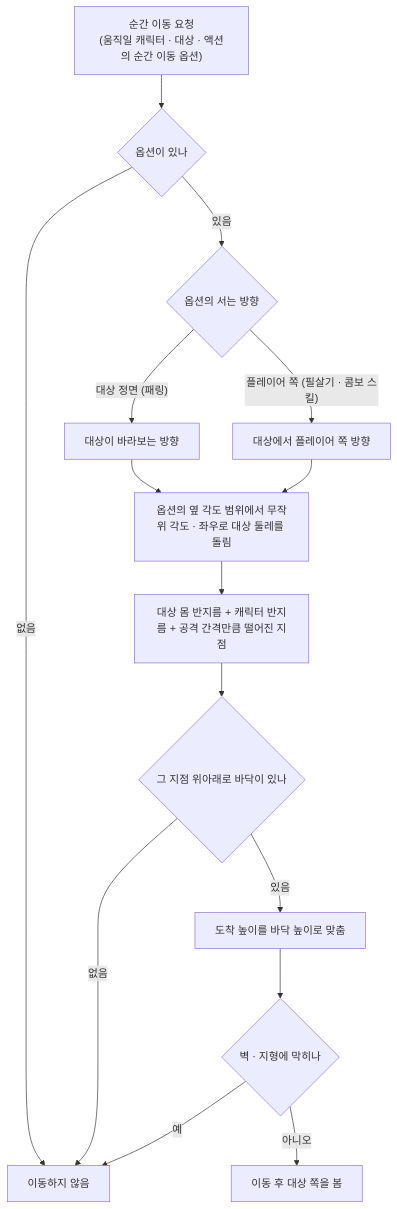
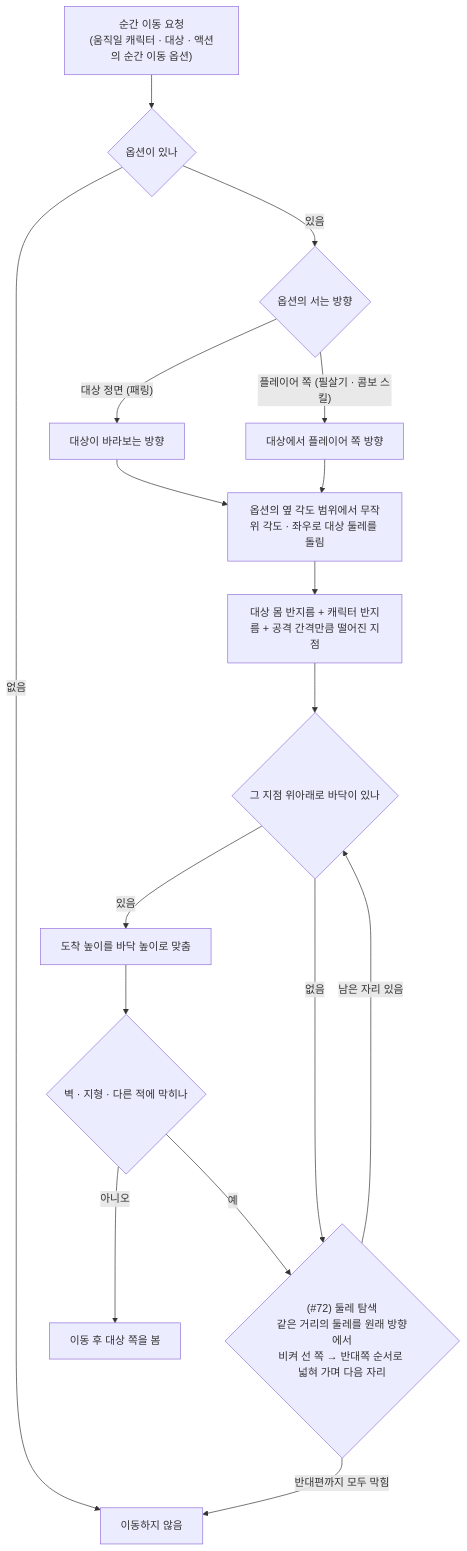
One commit to SquashPrince/Develrocket_mp15_HHH changed the fifth of 6 diagrams in Docs/Technical/Player/PlayerStructure.md. Above: the diagram before and after it, drawn with Mermaid. The commit also changed other lines of this file and 10 other files, not shown here.

````diff
--- a/Docs/Technical/Player/PlayerStructure.md
+++ b/Docs/Technical/Player/PlayerStructure.md
@@ -149,16 +149,18 @@
 ```mermaid
 flowchart TD
     S["순간 이동 요청<br>(움직일 캐릭터 · 대상 · 액션의 순간 이동 옵션)"] --> O{"옵션이 있나"}
     O -->|"없음"| X["이동하지 않음"]
     O -->|"있음"| D{"옵션의 서는 방향"}
     D -->|"대상 정면 (패링)"| F["대상이 바라보는 방향"]
     D -->|"플레이어 쪽 (필살기 · 콤보 스킬)"| PS["대상에서 플레이어 쪽 방향"]
     F & PS --> R["옵션의 옆 각도 범위에서 무작위 각도 · 좌우로 대상 둘레를 돌림"]
     R --> DIST["대상 몸 반지름 + 캐릭터 반지름 + 공격 간격만큼 떨어진 지점"]
     DIST --> G{"그 지점 위아래로 바닥이 있나"}
-    G -->|"없음"| X
     G -->|"있음"| H["도착 높이를 바닥 높이로 맞춤"]
-    H --> B{"벽 · 지형에 막히나"}
-    B -->|"예"| X
+    H --> B{"벽 · 지형 · 다른 적에 막히나"}
     B -->|"아니오"| M["이동 후 대상 쪽을 봄"]
+    G -->|"없음"| RS
+    B -->|"예"| RS{"(#72) 둘레 탐색<br>같은 거리의 둘레를 원래 방향에서<br>비켜 선 쪽 → 반대쪽 순서로 넓혀 가며 다음 자리"}
+    RS -->|"남은 자리 있음"| G
+    RS -->|"반대편까지 모두 막힘"| X
 ```
````
